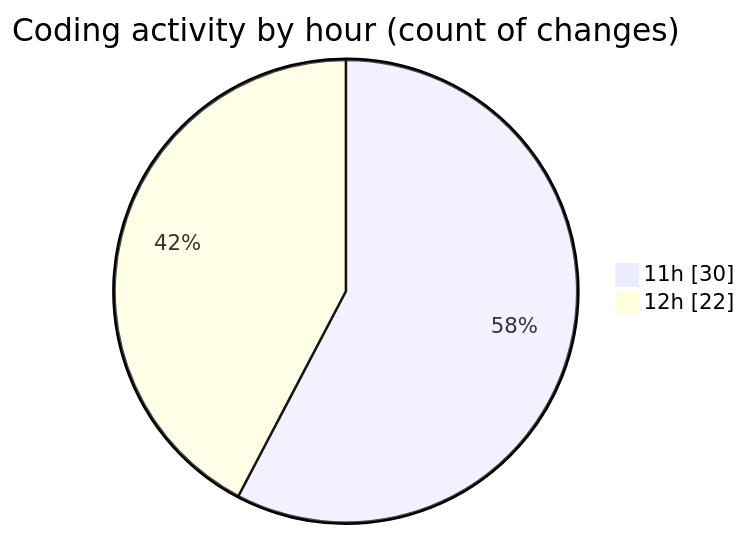
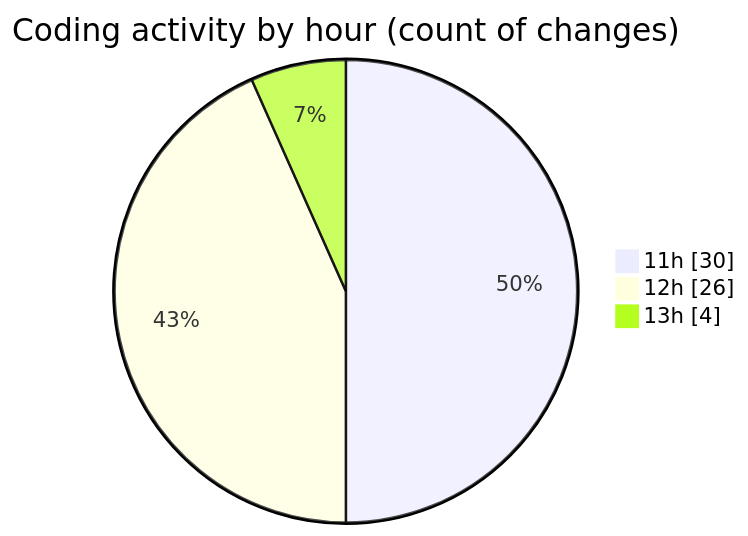
One commit to lephambinh05/code-tracking changed the second of 2 diagrams in 2025-08-25/studybuddy/README.md. Above: the diagram before and after it, drawn with Mermaid. The commit also changed other lines of this file and 1 other file, not shown here.

````diff
--- a/2025-08-25/studybuddy/README.md
+++ b/2025-08-25/studybuddy/README.md
@@ -58,6 +58,7 @@
 ```mermaid
 pie showData
 title Coding activity by hour (count of changes)
 "11h" : 30
-"12h" : 22
+"12h" : 26
+"13h" : 4
 ```
````
